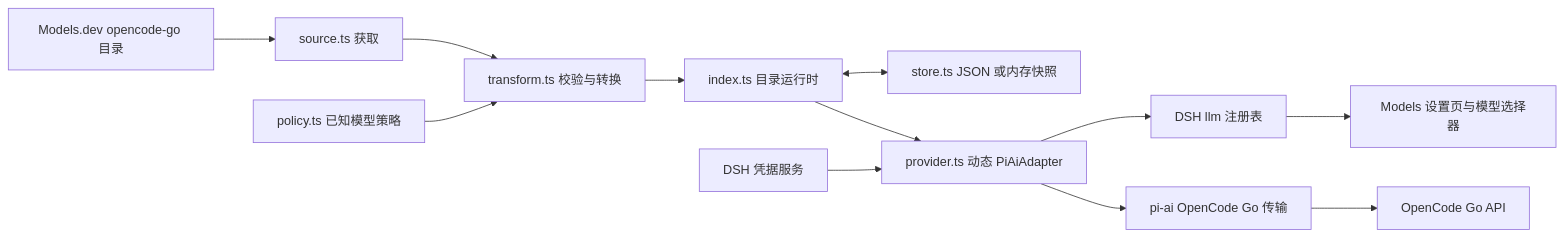
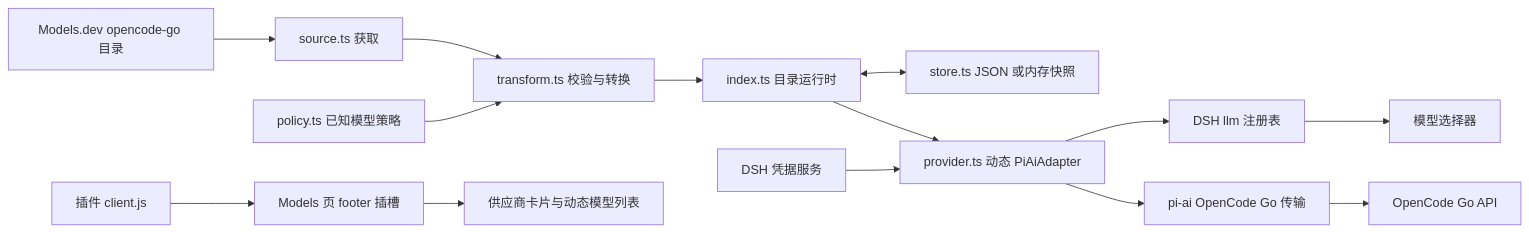
One commit to SkylerFee/dsh-llm-opencode-go-live changed the first of 3 diagrams in docs/opencode-go-live-dynamic-catalog-design.md. Above: the diagram before and after it, drawn with Mermaid. The commit also changed other lines of this file and 8 other files, not shown here.

````diff
--- a/docs/opencode-go-live-dynamic-catalog-design.md
+++ b/docs/opencode-go-live-dynamic-catalog-design.md
@@ -7,14 +7,16 @@
 ```mermaid
 flowchart LR
     A[Models.dev opencode-go 目录] --> B[source.ts 获取]
     B --> C[transform.ts 校验与转换]
     P[policy.ts 已知模型策略] --> C
     C --> D[index.ts 目录运行时]
     D <--> E[store.ts JSON 或内存快照]
     D --> F[provider.ts 动态 PiAiAdapter]
     F --> G[DSH llm 注册表]
-    G --> H[Models 设置页与模型选择器]
+    G --> H[模型选择器]
+    L[插件 client.js] --> M[Models 页 footer 插槽]
+    M --> N[供应商卡片与动态模型列表]
     I[DSH 凭据服务] --> F
     F --> J[pi-ai OpenCode Go 传输]
     J --> K[OpenCode Go API]
 ```
````
